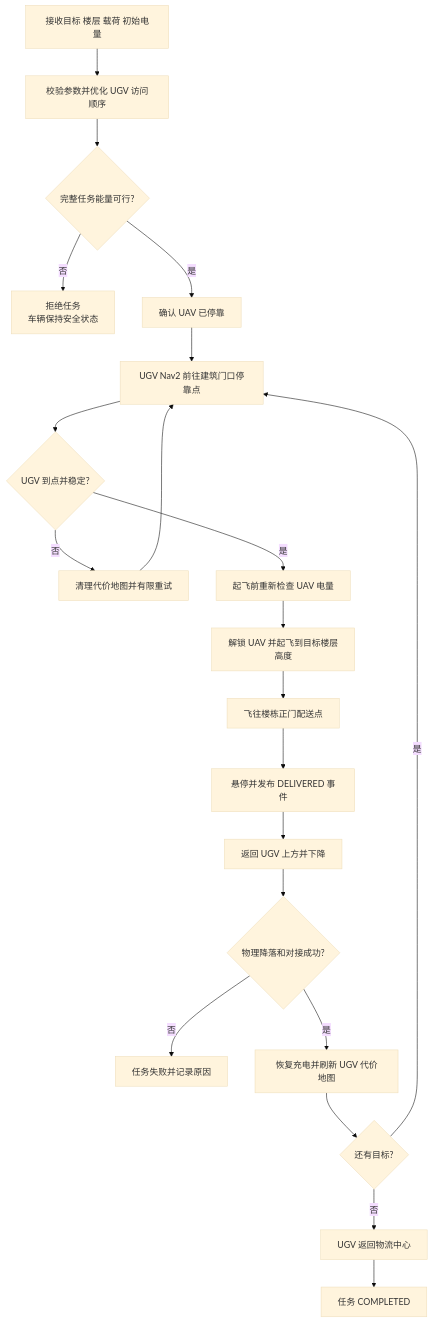
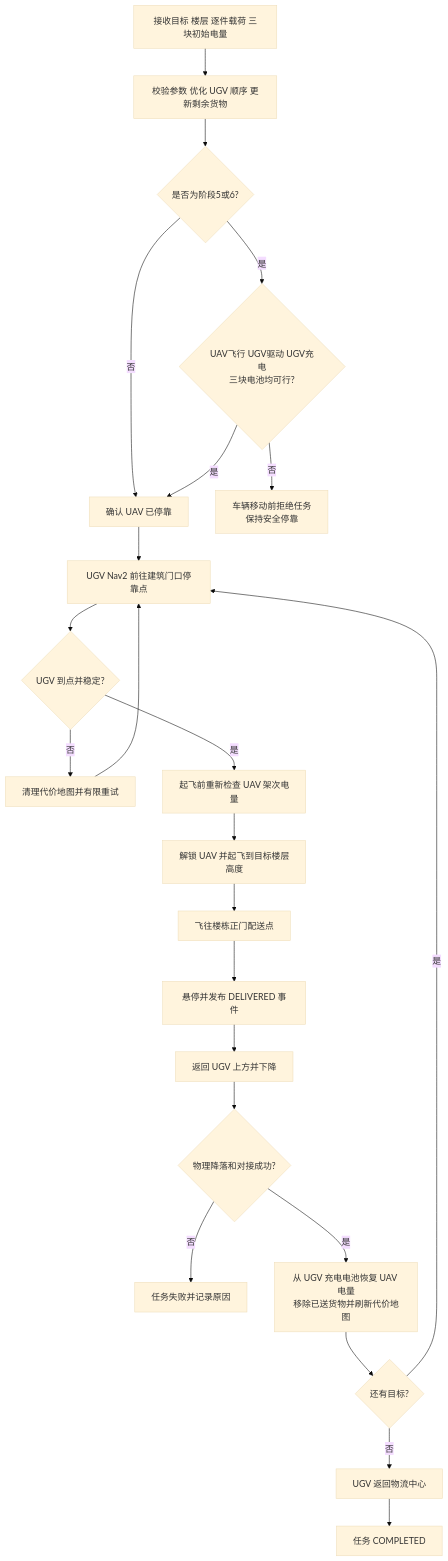
Before and after one commit to liyongqihhh/wqi_final: the second of 5 diagrams in wqi_final/docs/system_architecture.md, drawn with Mermaid (base theme). The commit also changed other lines of this file and 133 other files, not shown here.

````diff
--- a/wqi_final/docs/system_architecture.md
+++ b/wqi_final/docs/system_architecture.md
@@ -56,23 +77,25 @@
 ```mermaid
 flowchart TD
-    A[接收目标 楼层 载荷 初始电量] --> B[校验参数并优化 UGV 访问顺序]
-    B --> C{完整任务能量可行?}
-    C -- 否 --> R[拒绝任务<br/>车辆保持安全状态]
-    C -- 是 --> D[确认 UAV 已停靠]
+    A[接收目标 楼层 逐件载荷 三块初始电量] --> B[校验参数 优化 UGV 顺序 更新剩余货物]
+    B --> C{是否为阶段5或6?}
+    C -- 否 --> D[确认 UAV 已停靠]
+    C -- 是 --> C1{UAV飞行 UGV驱动 UGV充电<br/>三块电池均可行?}
+    C1 -- 否 --> R[车辆移动前拒绝任务<br/>保持安全停靠]
+    C1 -- 是 --> D
     D --> E[UGV Nav2 前往建筑门口停靠点]
     E --> F{UGV 到点并稳定?}
     F -- 否 --> X[清理代价地图并有限重试]
     X --> E
-    F -- 是 --> G[起飞前重新检查 UAV 电量]
+    F -- 是 --> G[起飞前重新检查 UAV 架次电量]
     G --> H[解锁 UAV 并起飞到目标楼层高度]
     H --> I[飞往楼栋正门配送点]
     I --> J[悬停并发布 DELIVERED 事件]
     J --> K[返回 UGV 上方并下降]
     K --> L{物理降落和对接成功?}
     L -- 否 --> Q[任务失败并记录原因]
-    L -- 是 --> M[恢复充电并刷新 UGV 代价地图]
+    L -- 是 --> M[从 UGV 充电电池恢复 UAV 电量<br/>移除已送货物并刷新代价地图]
     M --> N{还有目标?}
     N -- 是 --> E
     N -- 否 --> O[UGV 返回物流中心]
     O --> P[任务 COMPLETED]
 ```
````
